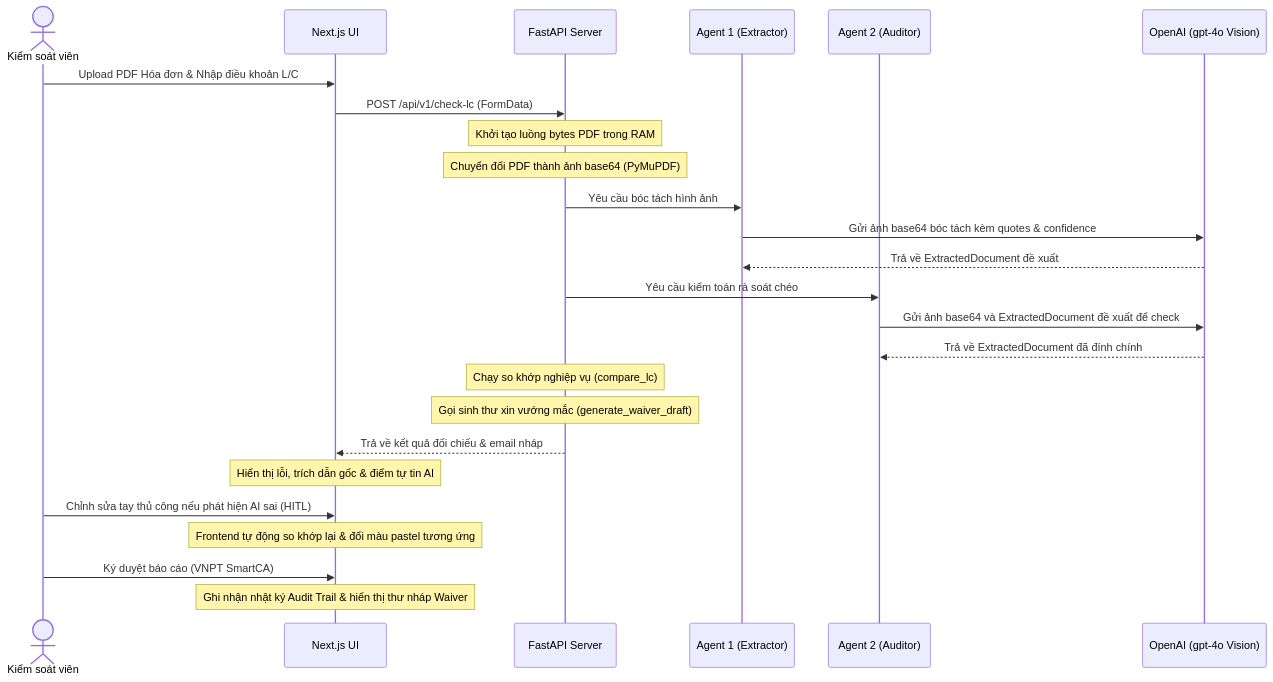
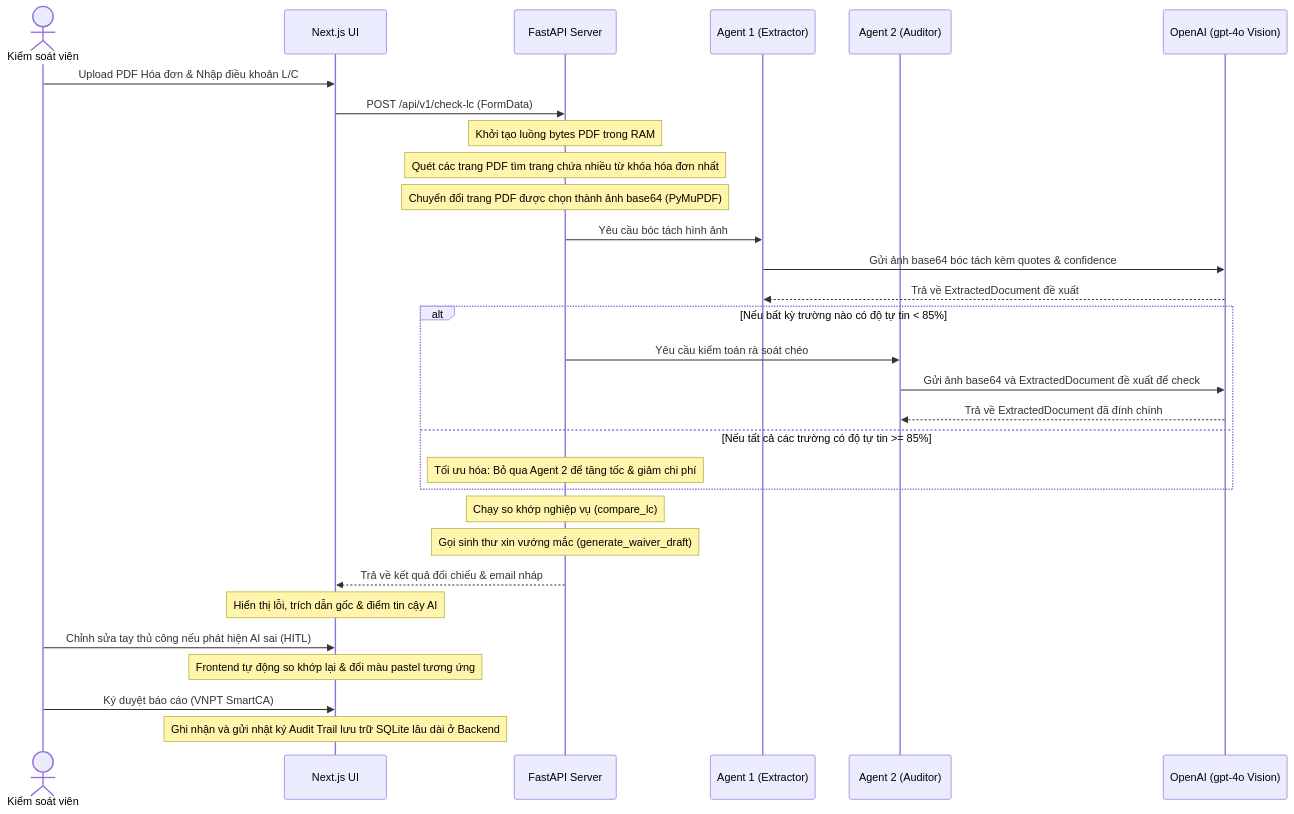
Before and after one commit to huzy179/HackathonCodex: the diagram in Architecture.md, drawn with Mermaid. The commit also changed other lines of this file and 3 other files, not shown here.

````diff
--- a/Architecture.md
+++ b/Architecture.md
@@ -27,28 +27,33 @@
 ```mermaid
 sequenceDiagram
     actor User as Kiểm soát viên
     participant FE as Next.js UI
     participant BE as FastAPI Server
     participant AG1 as Agent 1 (Extractor)
     participant AG2 as Agent 2 (Auditor)
     participant OpenAI as OpenAI (gpt-4o Vision)
 
     User->>FE: Upload PDF Hóa đơn & Nhập điều khoản L/C
     FE->>BE: POST /api/v1/check-lc (FormData)
     Note over BE: Khởi tạo luồng bytes PDF trong RAM
-    Note over BE: Chuyển đổi PDF thành ảnh base64 (PyMuPDF)
+    Note over BE: Quét các trang PDF tìm trang chứa nhiều từ khóa hóa đơn nhất
+    Note over BE: Chuyển đổi trang PDF được chọn thành ảnh base64 (PyMuPDF)
     BE->>AG1: Yêu cầu bóc tách hình ảnh
     AG1->>OpenAI: Gửi ảnh base64 bóc tách kèm quotes & confidence
     OpenAI-->>AG1: Trả về ExtractedDocument đề xuất
-    BE->>AG2: Yêu cầu kiểm toán rà soát chéo
-    AG2->>OpenAI: Gửi ảnh base64 và ExtractedDocument đề xuất để check
-    OpenAI-->>AG2: Trả về ExtractedDocument đã đính chính
+    alt Nếu bất kỳ trường nào có độ tự tin < 85%
+        BE->>AG2: Yêu cầu kiểm toán rà soát chéo
+        AG2->>OpenAI: Gửi ảnh base64 và ExtractedDocument đề xuất để check
+        OpenAI-->>AG2: Trả về ExtractedDocument đã đính chính
+    else Nếu tất cả các trường có độ tự tin >= 85%
+        Note over BE: Tối ưu hóa: Bỏ qua Agent 2 để tăng tốc & giảm chi phí
+    end
     Note over BE: Chạy so khớp nghiệp vụ (compare_lc)
     Note over BE: Gọi sinh thư xin vướng mắc (generate_waiver_draft)
     BE-->>FE: Trả về kết quả đối chiếu & email nháp
-    Note over FE: Hiển thị lỗi, trích dẫn gốc & điểm tự tin AI
+    Note over FE: Hiển thị lỗi, trích dẫn gốc & điểm tin cậy AI
     User->>FE: Chỉnh sửa tay thủ công nếu phát hiện AI sai (HITL)
     Note over FE: Frontend tự động so khớp lại & đổi màu pastel tương ứng
     User->>FE: Ký duyệt báo cáo (VNPT SmartCA)
-    Note over FE: Ghi nhận nhật ký Audit Trail & hiển thị thư nháp Waiver
+    Note over FE: Ghi nhận và gửi nhật ký Audit Trail lưu trữ SQLite lâu dài ở Backend
 ```
````
